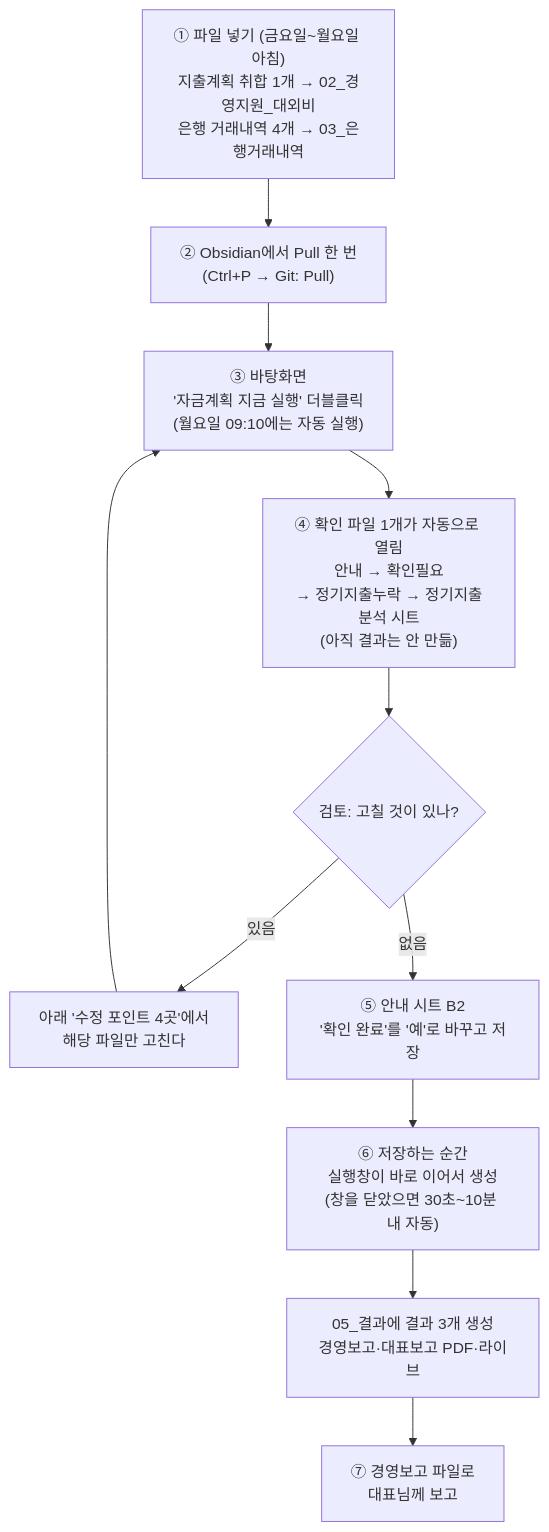
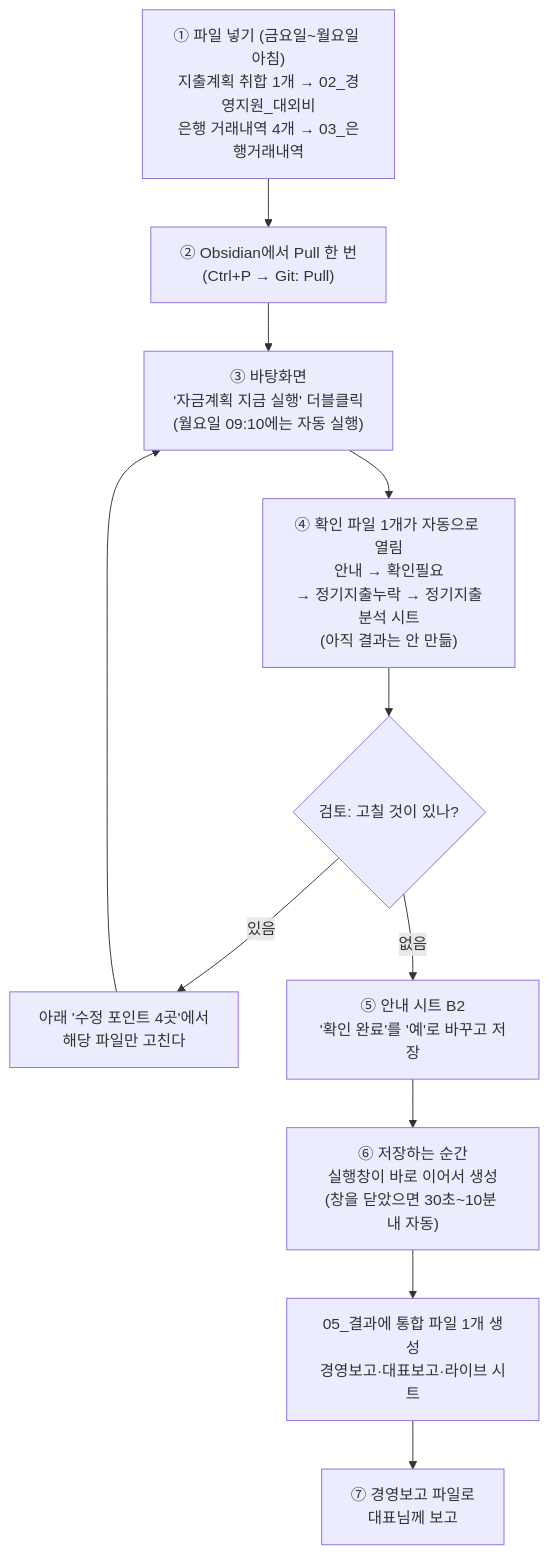
One commit to goldgarden9620419-maker/mynotes changed the diagram in 01-Projects/에이팜건강-주간자금계획-자동화/자금계획_자동화_순서도와_사용방법.md. Above: the diagram before and after it, drawn with Mermaid. The commit also changed other lines of this file and 9 other files, not shown here.

````diff
--- a/01-Projects/에이팜건강-주간자금계획-자동화/자금계획_자동화_순서도와_사용방법.md
+++ b/01-Projects/에이팜건강-주간자금계획-자동화/자금계획_자동화_순서도와_사용방법.md
@@ -8,13 +8,13 @@
 ```mermaid
 flowchart TD
     A["① 파일 넣기 (금요일~월요일 아침)<br>지출계획 취합 1개 → 02_경영지원_대외비<br>은행 거래내역 4개 → 03_은행거래내역"] --> B["② Obsidian에서 Pull 한 번<br>(Ctrl+P → Git: Pull)"]
     B --> C["③ 바탕화면<br>'자금계획 지금 실행' 더블클릭<br>(월요일 09:10에는 자동 실행)"]
     C --> D["④ 확인 파일 1개가 자동으로 열림<br>안내 → 확인필요<br>→ 정기지출누락 → 정기지출분석 시트<br>(아직 결과는 안 만듦)"]
     D --> E{"검토: 고칠 것이 있나?"}
     E -- 있음 --> G["아래 '수정 포인트 4곳'에서<br>해당 파일만 고친다"]
     G --> C
     E -- 없음 --> H["⑤ 안내 시트 B2<br>'확인 완료'를 '예'로 바꾸고 저장"]
     H --> I["⑥ 저장하는 순간<br>실행창이 바로 이어서 생성<br>(창을 닫았으면 30초~10분 내 자동)"]
-    I --> J["05_결과에 결과 3개 생성<br>경영보고·대표보고 PDF·라이브"]
+    I --> J["05_결과에 통합 파일 1개 생성<br>경영보고·대표보고·라이브 시트"]
     J --> K["⑦ 경영보고 파일로<br>대표님께 보고"]
 ```
````
